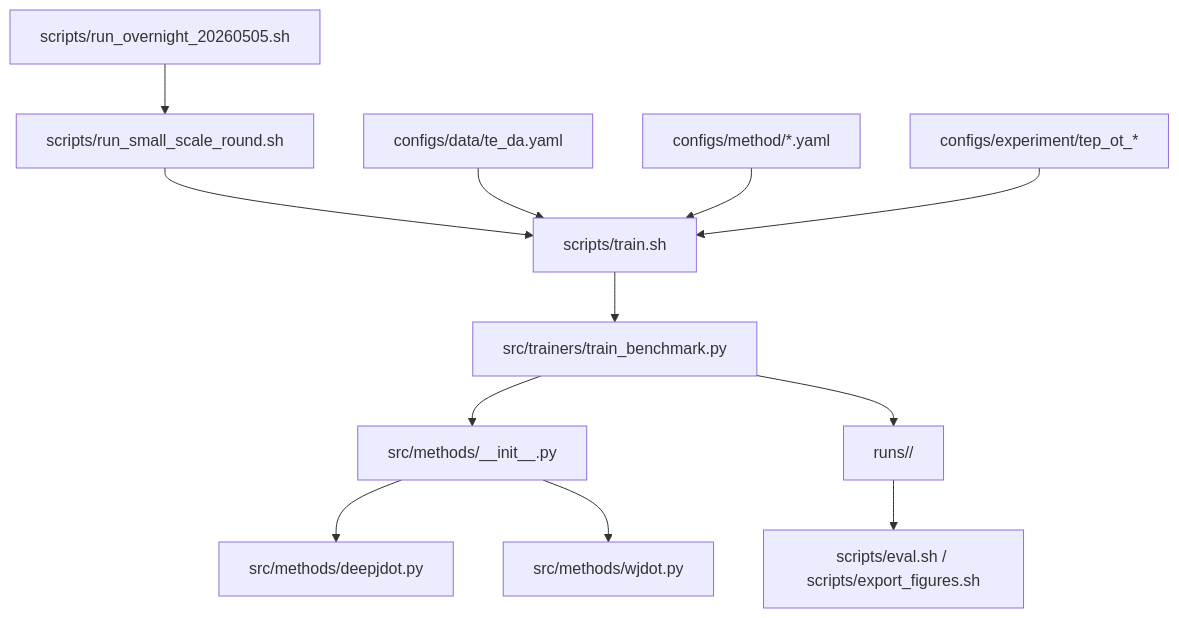
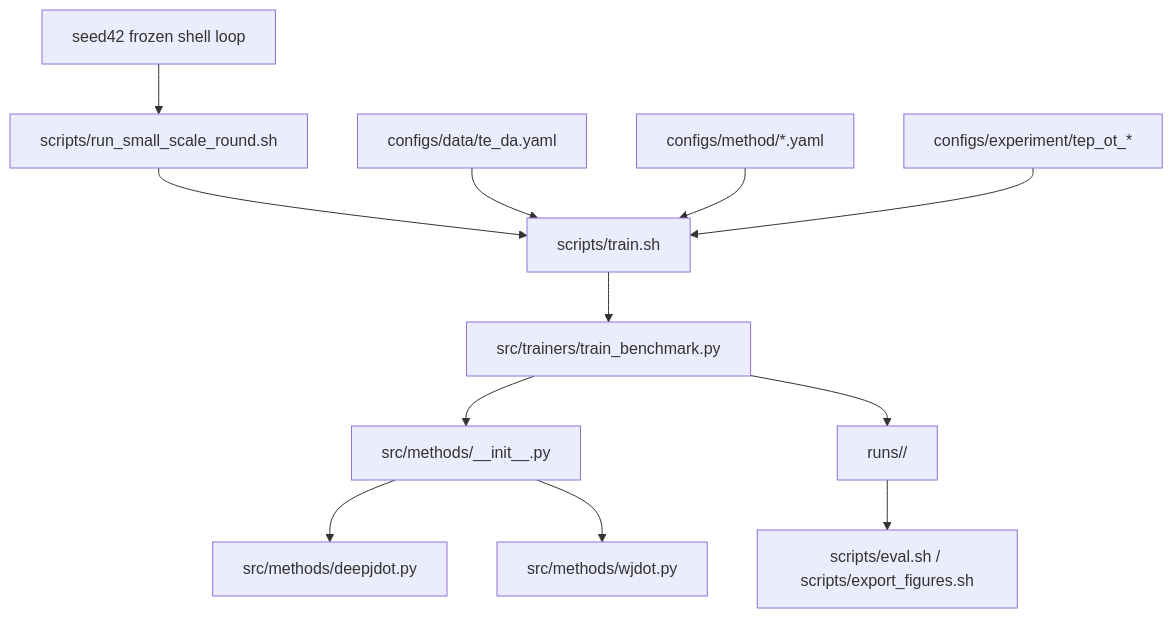
Before and after one commit to JimmyChenkk/seu_undergraduate_final_year_project: the diagram in README.md, drawn with Mermaid. The commit also changed other lines of this file and 52 other files, not shown here.

````diff
--- a/README.md
+++ b/README.md
@@ -170,14 +178,14 @@
 ```mermaid
 flowchart TD
-  CLI[scripts/run_overnight_20260505.sh] --> AUTO[scripts/run_small_scale_round.sh]
+  CLI[seed42 frozen shell loop] --> AUTO[scripts/run_small_scale_round.sh]
   AUTO --> TRAIN[scripts/train.sh]
   CFG1[configs/data/te_da.yaml] --> TRAIN
   CFG2[configs/method/*.yaml] --> TRAIN
   CFG3[configs/experiment/tep_ot_*] --> TRAIN
   TRAIN --> CORE[src/trainers/train_benchmark.py]
   CORE --> REG[src/methods/__init__.py]
   REG --> DJ[src/methods/deepjdot.py]
   REG --> WJ[src/methods/wjdot.py]
   CORE --> OUT[runs/<batch>/<run>]
   OUT --> EVAL[scripts/eval.sh / scripts/export_figures.sh]
 ```
````
